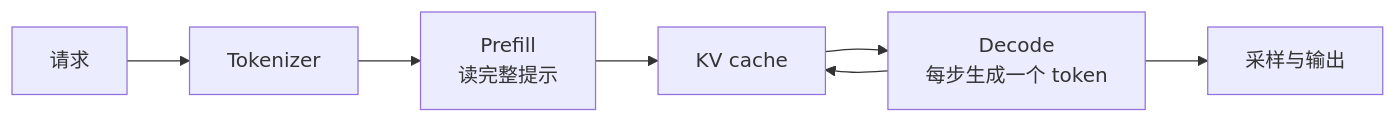
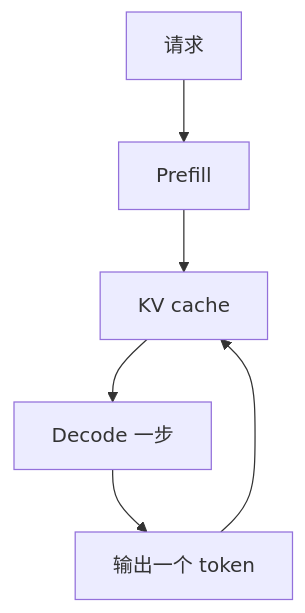
The diagram in astro-site/src/content/lessons/ai-infra-01.mdx (cyberspacelee/llms-from-scratch), drawn with Mermaid before and after one commit. The commit also changed other lines of this file and 25 other files, not shown here.

````diff
--- a/astro-site/src/content/lessons/ai-infra-01.mdx
+++ b/astro-site/src/content/lessons/ai-infra-01.mdx
@@ -15,9 +13,8 @@
 ```mermaid
-flowchart LR
-  A[请求] --> B[Tokenizer]
-  B --> C[Prefill\n读完整提示]
-  C --> D[KV cache]
-  D --> E[Decode\n每步生成一个 token]
-  E --> F[采样与输出]
-  E --> D
+flowchart TD
+  req[请求] --> pre[Prefill]
+  pre --> kv[KV cache]
+  kv --> dec[Decode 一步]
+  dec --> out[输出一个 token]
+  out --> kv
 ```
````
